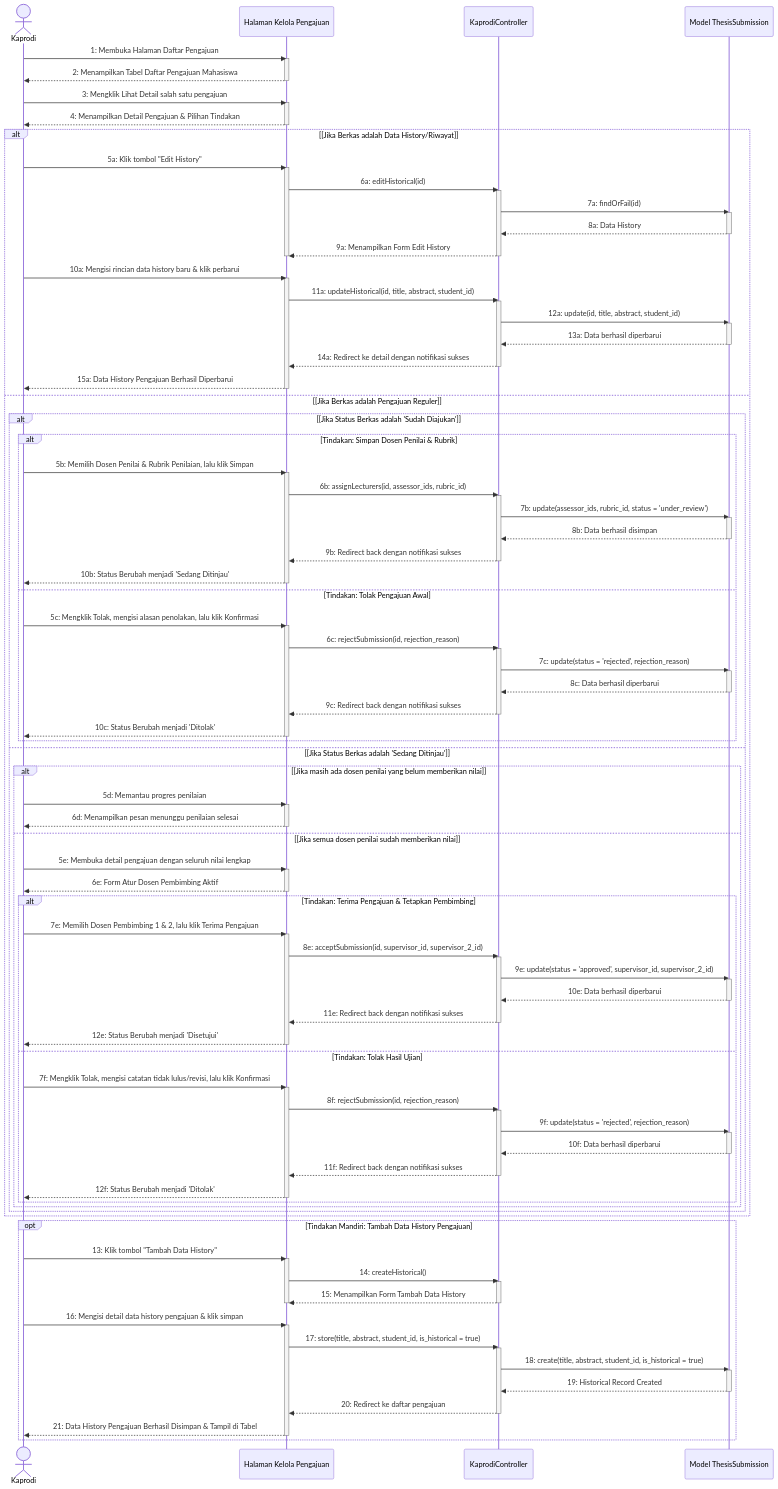
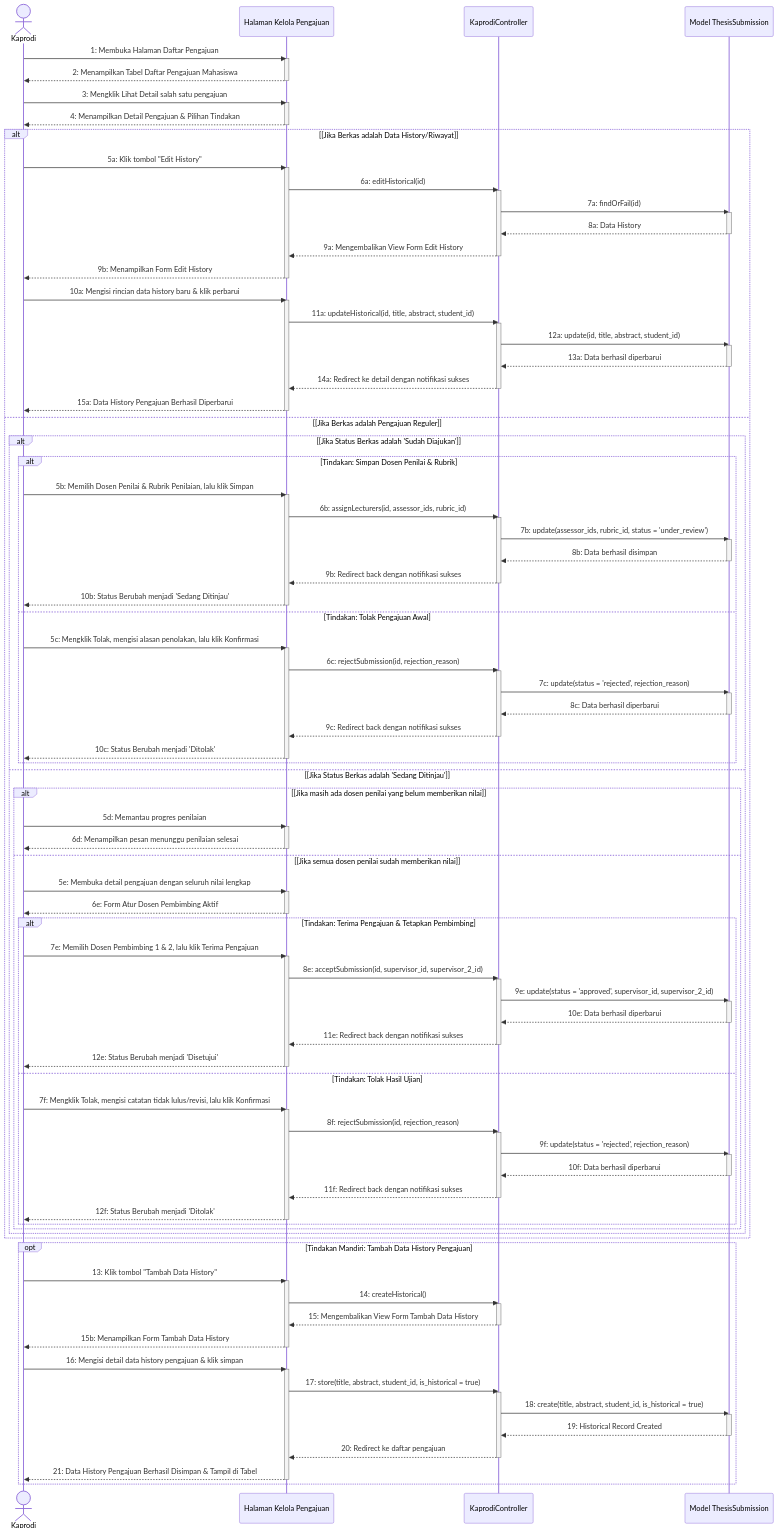
The diagram in docs/uml/Sequence Diagram/Kaprodi/sequence_diagram_kelola_daftar_pengajuan.md (Duandi04/ta_submission), drawn with Mermaid before and after one commit. The commit also changed 9 other files, not shown here.

Commit message:
refactor: standardize sequence diagrams by updating controller response flows and adding explicit service/facade participants

```diff
--- a/docs/uml/Sequence Diagram/Kaprodi/sequence_diagram_kelola_daftar_pengajuan.md
+++ b/docs/uml/Sequence Diagram/Kaprodi/sequence_diagram_kelola_daftar_pengajuan.md
@@ -32,8 +32,9 @@
         activate Model
         Model-->>Ctrl: 8a: Data History
         deactivate Model
-        Ctrl-->>UI: 9a: Menampilkan Form Edit History
+        Ctrl-->>UI: 9a: Mengembalikan View Form Edit History
         deactivate Ctrl
+        UI-->>Kaprodi: 9b: Menampilkan Form Edit History
         deactivate UI
 
         Kaprodi->>UI: 10a: Mengisi rincian data history baru & klik perbarui
@@ -134,8 +135,9 @@
         activate UI
         UI->>Ctrl: 14: createHistorical()
         activate Ctrl
-        Ctrl-->>UI: 15: Menampilkan Form Tambah Data History
+        Ctrl-->>UI: 15: Mengembalikan View Form Tambah Data History
         deactivate Ctrl
+        UI-->>Kaprodi: 15b: Menampilkan Form Tambah Data History
         deactivate UI
 
         Kaprodi->>UI: 16: Mengisi detail data history pengajuan & klik simpan
```
